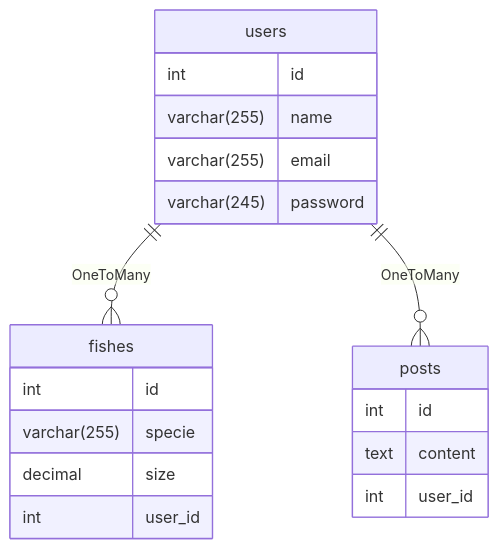
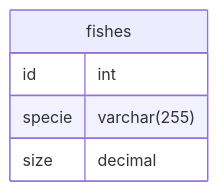
Before and after one commit to akemi-adam/service-oriented-programming: the second of 2 diagrams in CONTENT.md, drawn with Mermaid. The commit also changed other lines of this file, not shown here.

````diff
--- a/CONTENT.md
+++ b/CONTENT.md
@@ -948,26 +1356,8 @@
 ```mermaid
 erDiagram
-  users {
-      int id
-      varchar(255) name
-      varchar(255) email
-      varchar(245) password
+  fishes {
+    id int
+    specie varchar(255)
+    size decimal
   }
-
-  fishes {
-      int id
-      varchar(255) specie
-      decimal size
-      int user_id
-  }
-
-  posts {
-      int id
-      text content
-      int user_id
-  }
-
-  users ||--o{ fishes : OneToMany
-
-  users ||--o{ posts : OneToMany
 ```
````
